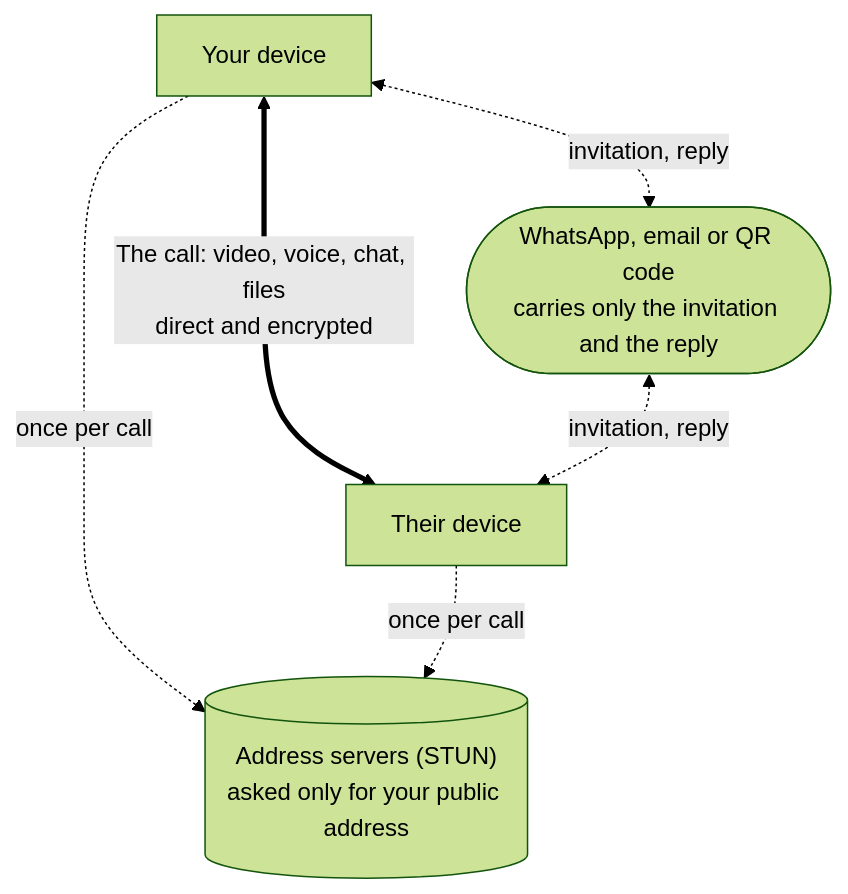
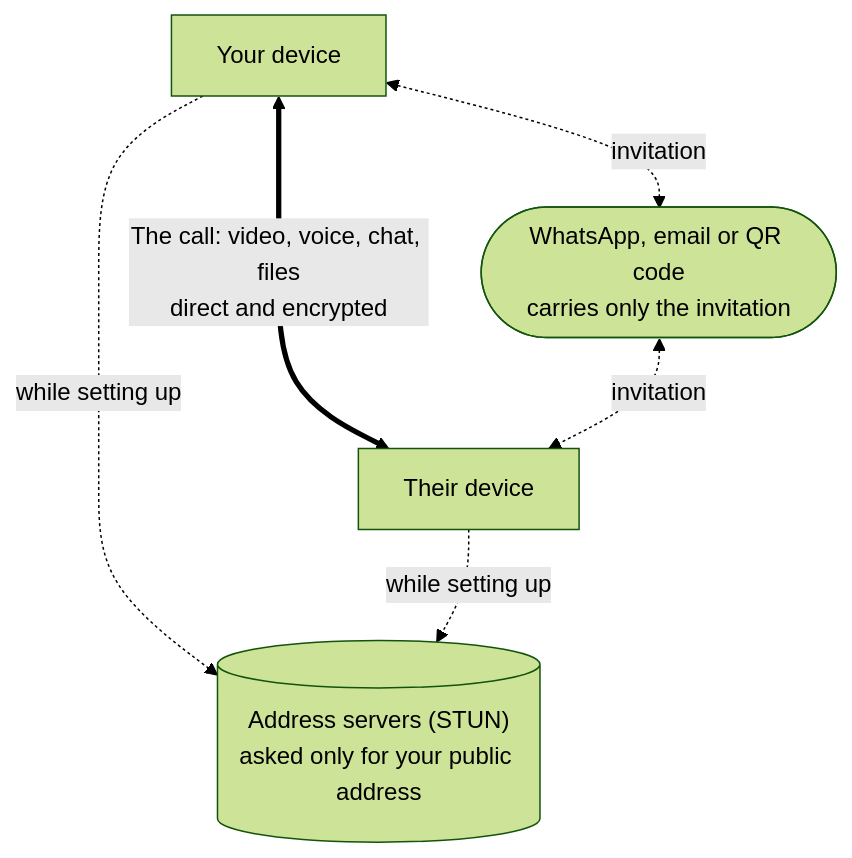
Before and after one commit to melihercan/DirectCallMe-Community: the second of 2 diagrams in wiki/Getting-Started.md, drawn with Mermaid (forest theme). The commit also changed other lines of this file and 5 other files, not shown here.

First line of the commit message:
Docs for the one-way invitation: send a call link in any chat

````diff
--- a/wiki/Getting-Started.md
+++ b/wiki/Getting-Started.md
@@ -38,9 +40,9 @@
 ```mermaid
 flowchart TB
-    M(["WhatsApp, email or QR code<br/>carries only the invitation and the reply"])
+    M(["WhatsApp, email or QR code<br/>carries only the invitation"])
     A["Your device"] <==>|"The call: video, voice, chat, files<br/>direct and encrypted"| B["Their device"]
-    A <-. "invitation, reply" .-> M
-    M <-. "invitation, reply" .-> B
-    A -. "once per call" .-> S[("Address servers (STUN)<br/>asked only for your public address")]
-    B -. "once per call" .-> S
+    A <-. "invitation" .-> M
+    M <-. "invitation" .-> B
+    A -. "while setting up" .-> S[("Address servers (STUN)<br/>asked only for your public address")]
+    B -. "while setting up" .-> S
 ```
````
